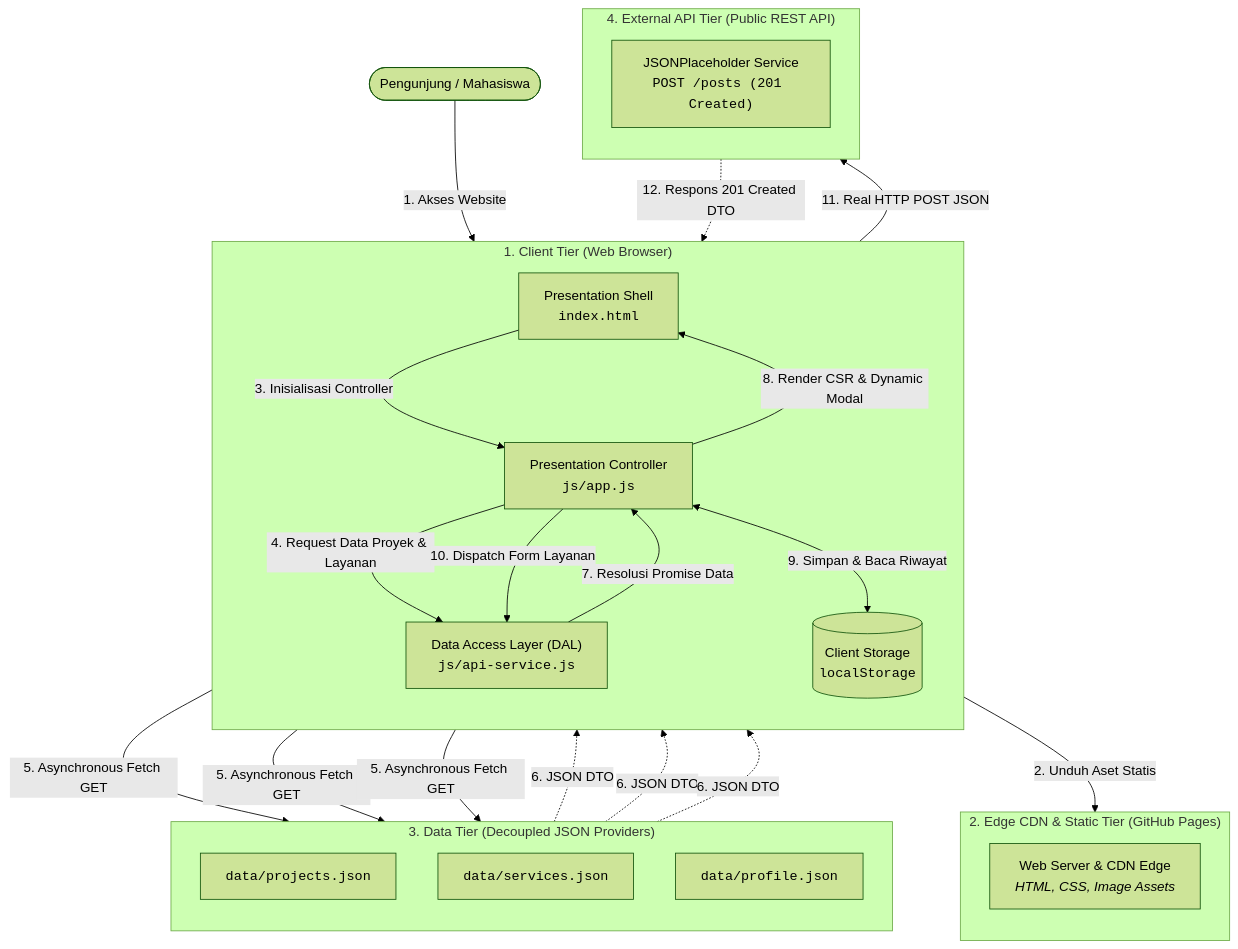
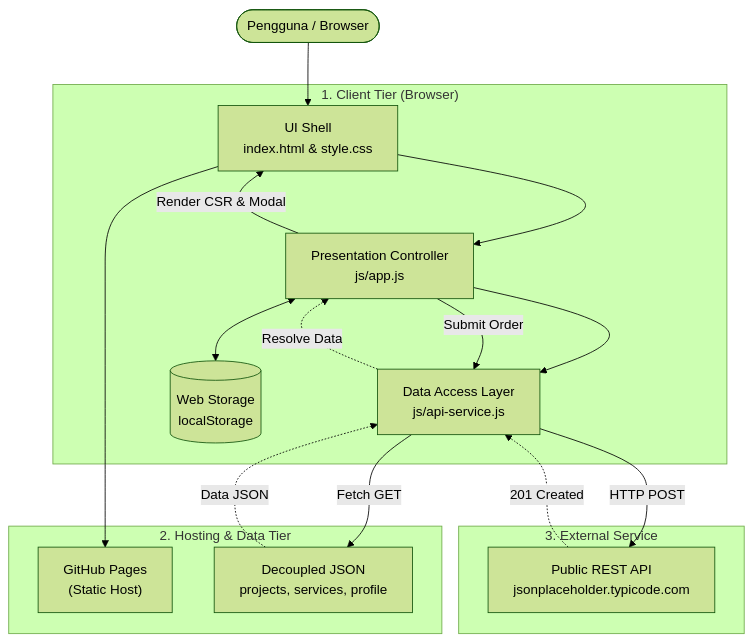
Before and after one commit to NikahPanjaitan/ppw-2026-week2-12S24041: the diagram in README.md, drawn with Mermaid (forest theme). The commit also changed other lines of this file, not shown here.

````diff
--- a/README.md
+++ b/README.md
@@ -41,46 +36,33 @@
 ```mermaid
 flowchart TD
-    User(["Pengunjung / Mahasiswa"])
+    User([Pengguna / Browser])
 
-    subgraph ClientTier["1. Client Tier (Web Browser)"]
-        direction TB
-        Shell["Presentation Shell<br/><code>index.html</code>"]
-        Controller["Presentation Controller<br/><code>js/app.js</code>"]
-        DAL["Data Access Layer (DAL)<br/><code>js/api-service.js</code>"]
-        Storage[("Client Storage<br/><code>localStorage</code>")]
+    subgraph Client["1. Client Tier (Browser)"]
+        UI["UI Shell<br>index.html & style.css"]
+        App["Presentation Controller<br>js/app.js"]
+        DAL["Data Access Layer<br>js/api-service.js"]
+        Storage[("Web Storage<br>localStorage")]
     end
 
-    subgraph StaticTier["2. Edge CDN & Static Tier (GitHub Pages)"]
-        direction TB
-        StaticHost["Web Server & CDN Edge<br/><i>HTML, CSS, Image Assets</i>"]
+    subgraph Static["2. Hosting & Data Tier"]
+        GH["GitHub Pages<br>(Static Host)"]
+        Data["Decoupled JSON<br>projects, services, profile"]
     end
 
-    subgraph DataTier["3. Data Tier (Decoupled JSON Providers)"]
-        direction TB
-        ProjectsData["<code>data/projects.json</code>"]
-        ServicesData["<code>data/services.json</code>"]
-        ProfileData["<code>data/profile.json</code>"]
+    subgraph External["3. External Service"]
+        API["Public REST API<br>jsonplaceholder.typicode.com"]
     end
 
-    subgraph ExternalApi["4. External API Tier (Public REST API)"]
-        direction TB
-        RestEndpoint["JSONPlaceholder Service<br/><code>POST /posts (201 Created)</code>"]
-    end
-
-    User -->|1. Akses Website| Shell
-    Shell -->|2. Unduh Aset Statis| StaticHost
-    Shell -->|3. Inisialisasi Controller| Controller
-    Controller -->|4. Request Data Proyek & Layanan| DAL
-    DAL -->|5. Asynchronous Fetch GET| ProjectsData
-    DAL -->|5. Asynchronous Fetch GET| ServicesData
-    DAL -->|5. Asynchronous Fetch GET| ProfileData
-    ProjectsData -.->|6. JSON DTO| DAL
-    ServicesData -.->|6. JSON DTO| DAL
-    ProfileData -.->|6. JSON DTO| DAL
-    DAL -->|7. Resolusi Promise Data| Controller
-    Controller -->|8. Render CSR & Dynamic Modal| Shell
-    Controller <-->|9. Simpan & Baca Riwayat| Storage
-    Controller -->|10. Dispatch Form Layanan| DAL
-    DAL -->|11. Real HTTP POST JSON| RestEndpoint
-    RestEndpoint -.->|12. Respons 201 Created DTO| DAL
+    User --> UI
+    UI --> GH
+    UI --> App
+    App --> DAL
+    DAL -->|Fetch GET| Data
+    Data -.->|Data JSON| DAL
+    DAL -.->|Resolve Data| App
+    App -->|Render CSR & Modal| UI
+    App <--> Storage
+    App -->|Submit Order| DAL
+    DAL -->|HTTP POST| API
+    API -.->|201 Created| DAL
 ```
````
